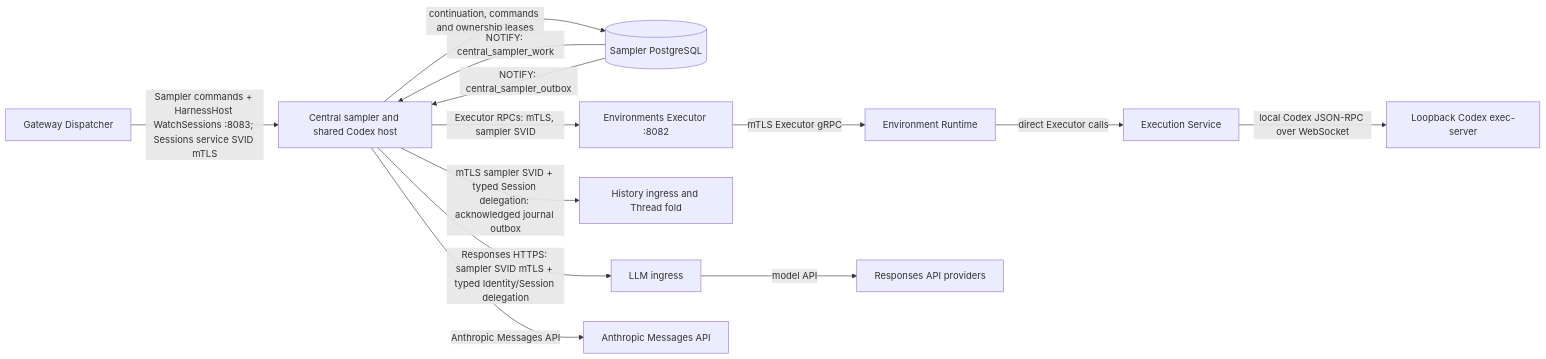
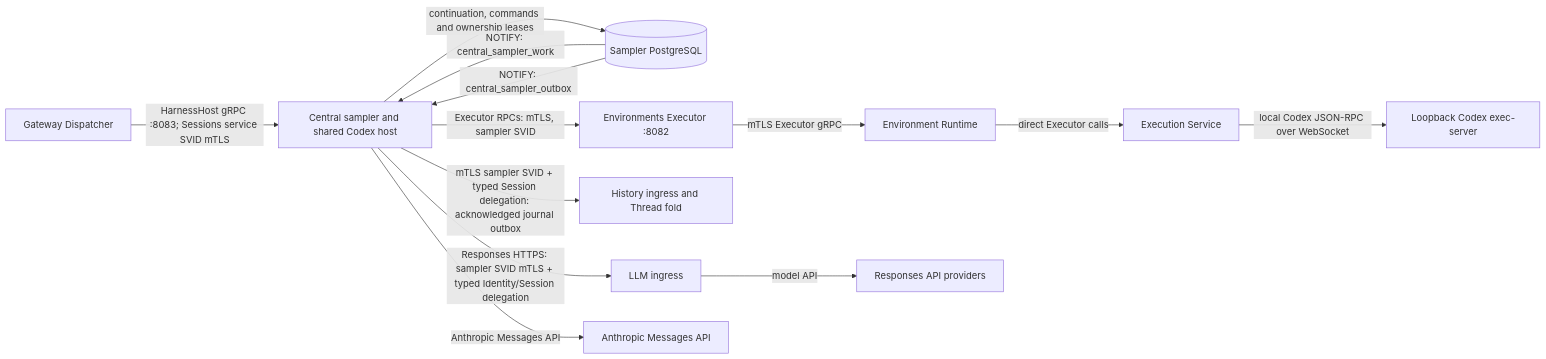
The fourth of 18 diagrams in agentplane/docs/system_overview.md (agentydragon/ducktape), drawn with Mermaid before and after one commit. The commit also changed other lines of this file and 14 other files, not shown here.

Commit message:
Use one HarnessHost client for Dispatcher delivery

````diff
--- a/agentplane/docs/system_overview.md
+++ b/agentplane/docs/system_overview.md
@@ -416,25 +416,25 @@
 ```mermaid
 flowchart LR
     dispatcher[Gateway Dispatcher]
     sampler[Central sampler and shared Codex host]
     db[(Sampler PostgreSQL)]
     proxy[Environments Executor :8082]
     runtime[Environment Runtime]
     execution[Execution Service]
     executor[Loopback Codex exec-server]
     history[History ingress and Thread fold]
     llm[LLM ingress]
     responses[Responses API providers]
     anthropic[Anthropic Messages API]
-    dispatcher -->|Sampler commands + HarnessHost WatchSessions :8083; Sessions service SVID mTLS| sampler
+    dispatcher -->|HarnessHost gRPC :8083; Sessions service SVID mTLS| sampler
     sampler -->|continuation, commands and ownership leases| db
     db -->|NOTIFY: central_sampler_work| sampler
     db -->|NOTIFY: central_sampler_outbox| sampler
     sampler -->|Executor RPCs: mTLS, sampler SVID| proxy
     proxy -->|mTLS Executor gRPC| runtime
     runtime -->|direct Executor calls| execution
     execution -->|local Codex JSON-RPC over WebSocket| executor
     sampler -->|mTLS sampler SVID + typed Session delegation: acknowledged journal outbox| history
     sampler -->|Responses HTTPS: sampler SVID mTLS + typed Identity/Session delegation| llm -->|model API| responses
     sampler -->|Anthropic Messages API| anthropic
 ```
````
